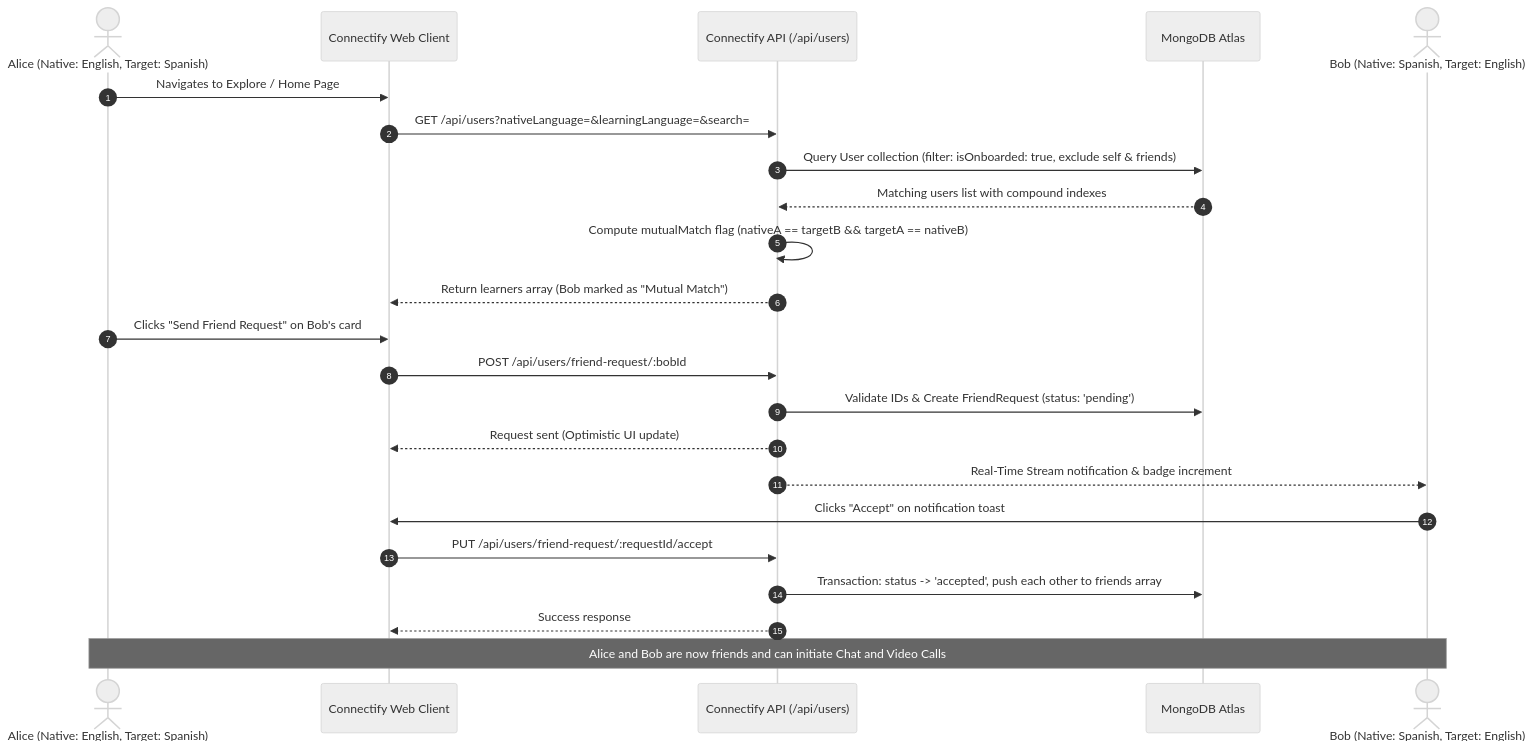
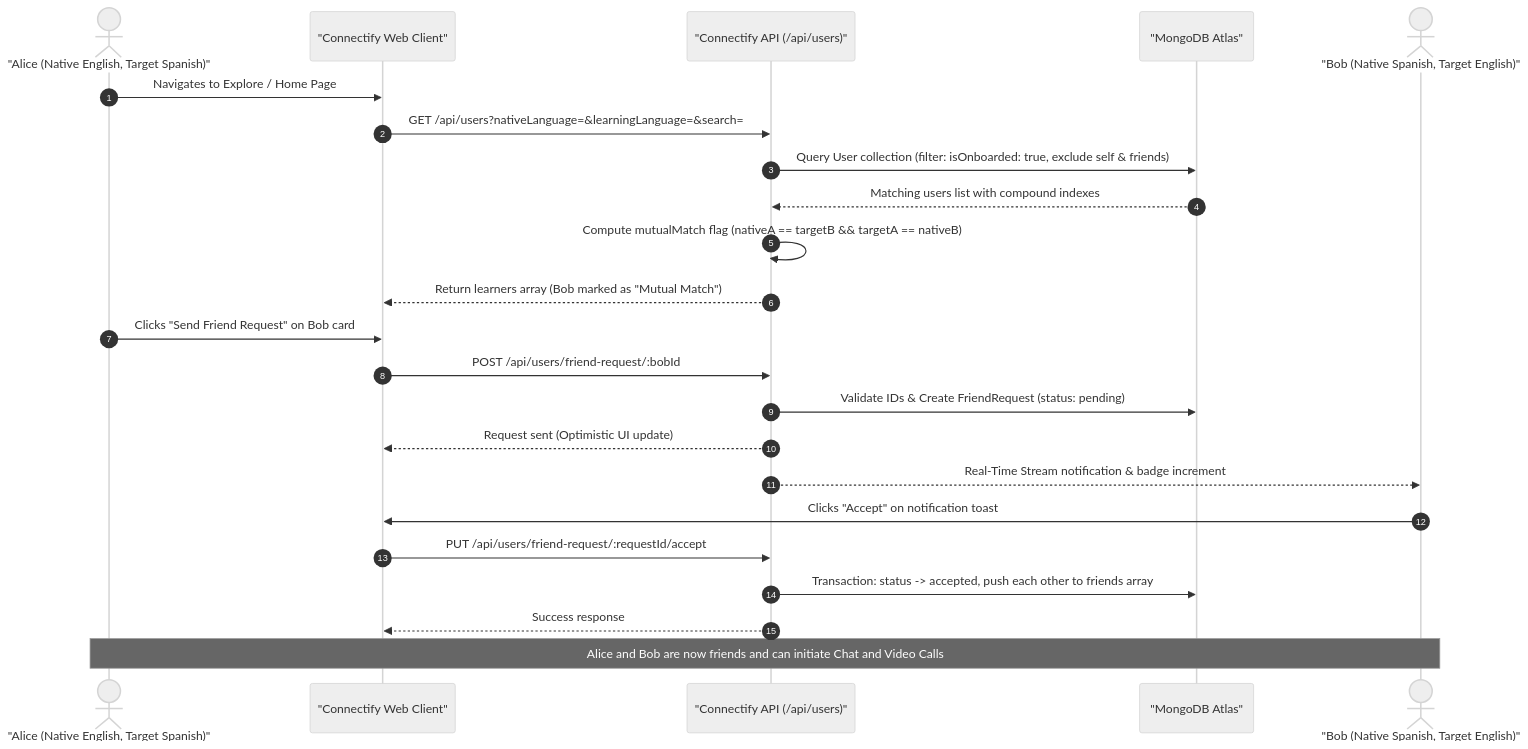
Before and after one commit to Satyam6201/Connectify: the fifth of 5 diagrams in README.md, drawn with Mermaid (neutral theme). The commit also changed other lines of this file, not shown here.

Commit message:
fix high-level architecture mermaid diagram

````diff
--- a/README.md
+++ b/README.md
@@ -232,28 +284,28 @@
 ```mermaid
 sequenceDiagram
     autonumber
-    actor Alice as Alice (Native: English, Target: Spanish)
-    participant Client as Connectify Web Client
-    participant Backend as Connectify API (/api/users)
-    participant Mongo as MongoDB Atlas
-    actor Bob as Bob (Native: Spanish, Target: English)
+    actor Alice as "Alice (Native English, Target Spanish)"
+    participant Client as "Connectify Web Client"
+    participant Backend as "Connectify API (/api/users)"
+    participant Mongo as "MongoDB Atlas"
+    actor Bob as "Bob (Native Spanish, Target English)"
 
     Alice->>Client: Navigates to Explore / Home Page
     Client->>Backend: GET /api/users?nativeLanguage=&learningLanguage=&search=
     Backend->>Mongo: Query User collection (filter: isOnboarded: true, exclude self & friends)
     Mongo-->>Backend: Matching users list with compound indexes
     Backend->>Backend: Compute mutualMatch flag (nativeA == targetB && targetA == nativeB)
     Backend-->>Client: Return learners array (Bob marked as "Mutual Match")
 
-    Alice->>Client: Clicks "Send Friend Request" on Bob's card
+    Alice->>Client: Clicks "Send Friend Request" on Bob card
     Client->>Backend: POST /api/users/friend-request/:bobId
-    Backend->>Mongo: Validate IDs & Create FriendRequest (status: 'pending')
+    Backend->>Mongo: Validate IDs & Create FriendRequest (status: pending)
     Backend-->>Client: Request sent (Optimistic UI update)
     Backend-->>Bob: Real-Time Stream notification & badge increment
 
     Bob->>Client: Clicks "Accept" on notification toast
     Client->>Backend: PUT /api/users/friend-request/:requestId/accept
-    Backend->>Mongo: Transaction: status -> 'accepted', push each other to friends array
+    Backend->>Mongo: Transaction: status -> accepted, push each other to friends array
     Backend-->>Client: Success response
     Note over Alice,Bob: Alice and Bob are now friends and can initiate Chat and Video Calls
 ```
````
